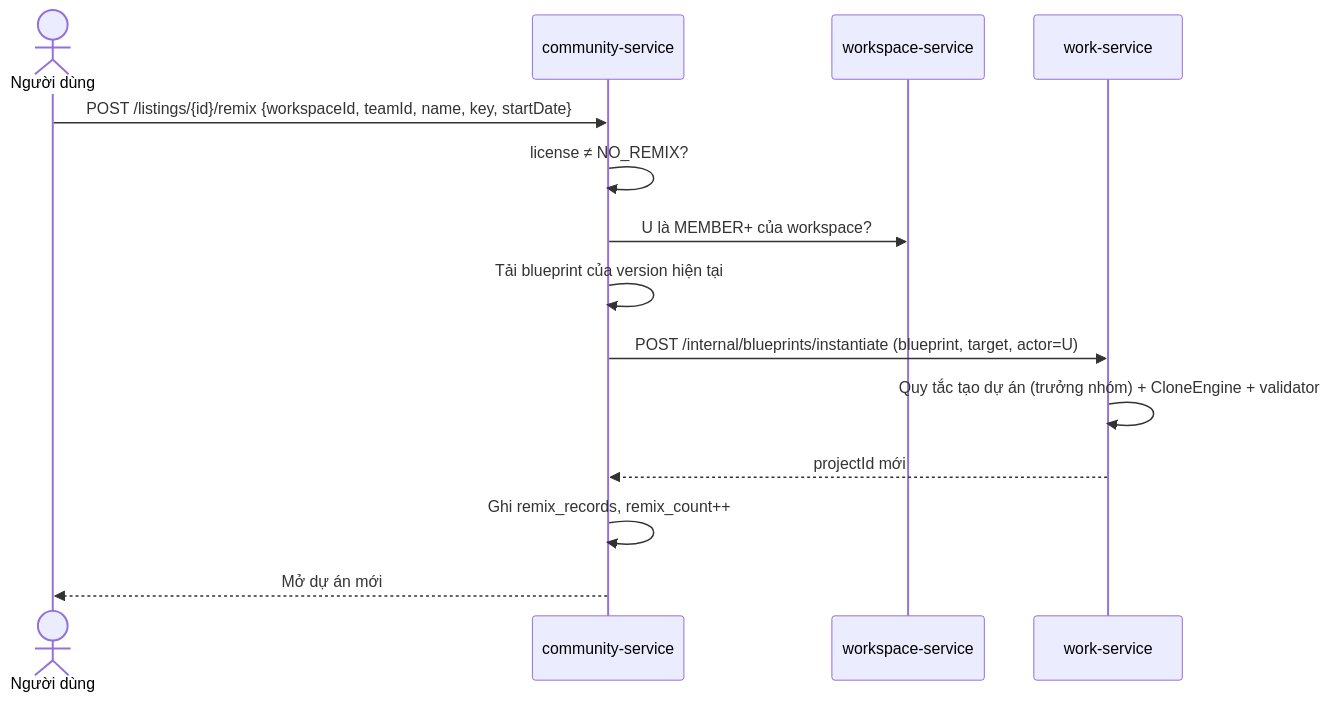
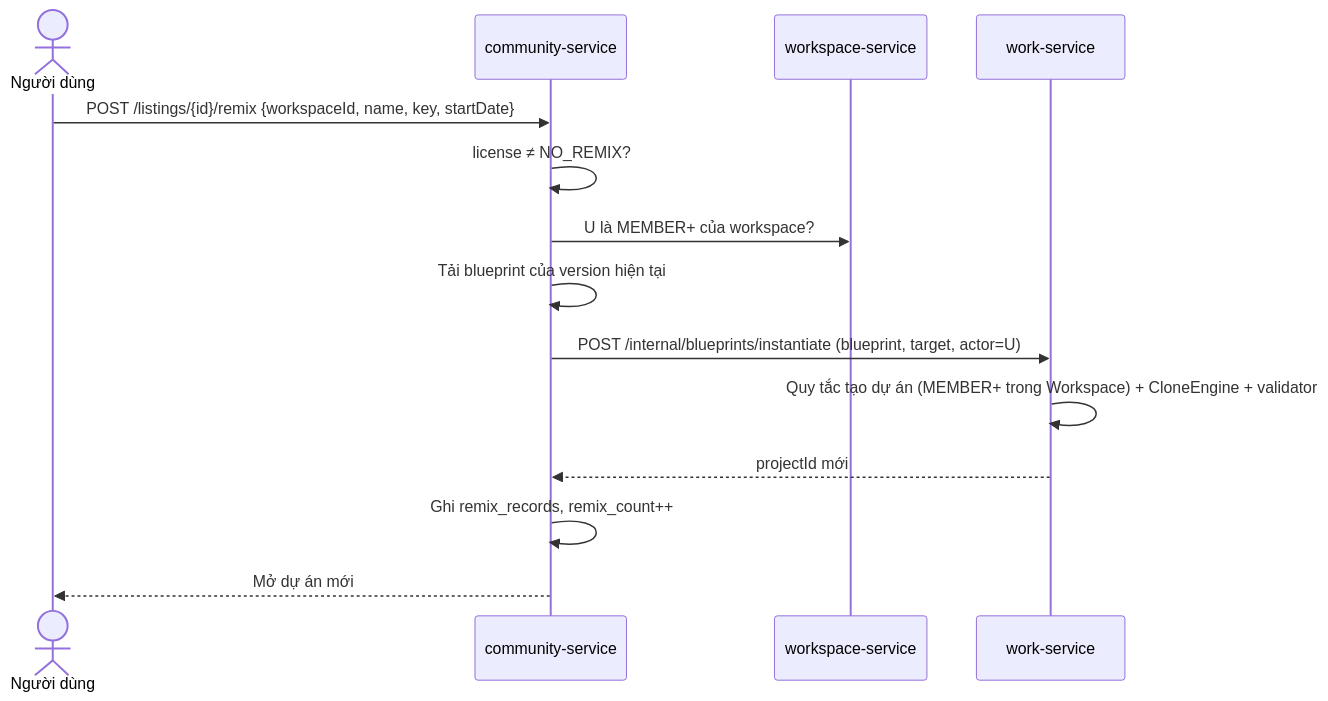
One commit to Hecker-Chuoi/DATN-2026 changed diagram 12 of 16 in formal_doc/08_THIET_KE_COMMUNITY.md. Above: the diagram before and after it, drawn with Mermaid. The commit also changed other lines of this file and 60 other files, not shown here.

````diff
--- a/formal_doc/08_THIET_KE_COMMUNITY.md
+++ b/formal_doc/08_THIET_KE_COMMUNITY.md
@@ -288,16 +288,16 @@
 ```mermaid
 sequenceDiagram
     actor U as Người dùng
     participant CS as community-service
     participant WS as workspace-service
     participant WK as work-service
-    U->>CS: POST /listings/{id}/remix {workspaceId, teamId, name, key, startDate}
+    U->>CS: POST /listings/{id}/remix {workspaceId, name, key, startDate}
     CS->>CS: license ≠ NO_REMIX?
     CS->>WS: U là MEMBER+ của workspace?
     CS->>CS: Tải blueprint của version hiện tại
     CS->>WK: POST /internal/blueprints/instantiate (blueprint, target, actor=U)
-    WK->>WK: Quy tắc tạo dự án (trưởng nhóm) + CloneEngine + validator
+    WK->>WK: Quy tắc tạo dự án (MEMBER+ trong Workspace) + CloneEngine + validator
     WK-->>CS: projectId mới
     CS->>CS: Ghi remix_records, remix_count++
     CS-->>U: Mở dự án mới
 ```
````
